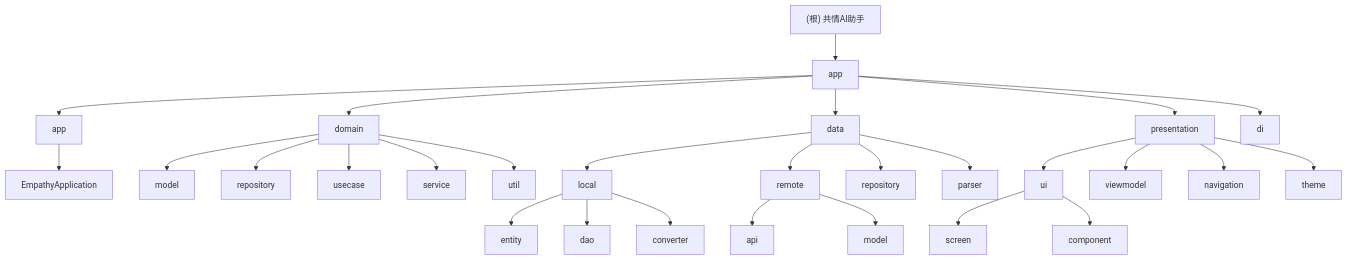
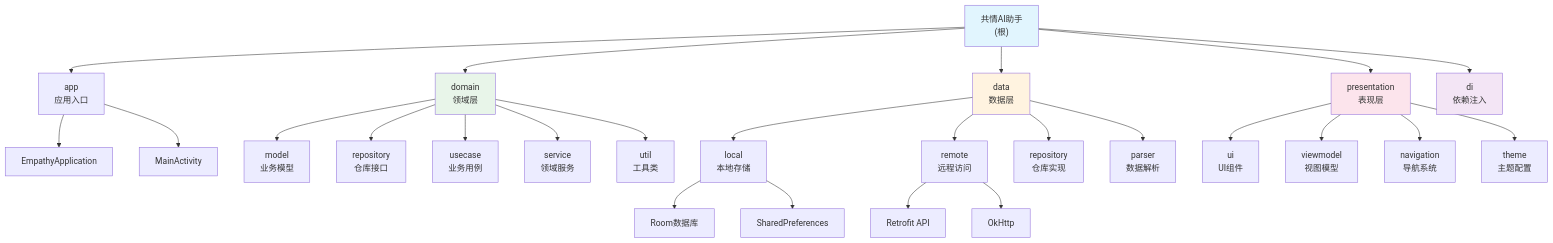
One commit to ZeroPointSix/empathize-with-others changed the diagram in CLAUDE.md. Above: the diagram before and after it, drawn with Mermaid. The commit also changed other lines of this file and 343 other files, not shown here.

````diff
--- a/CLAUDE.md
+++ b/CLAUDE.md
@@ -75,61 +80,47 @@
 ```mermaid
 graph TD
-    A["(根) 共情AI助手"] --> B["app"];
+    A["共情AI助手<br/>(根)"] --> B["app<br/>应用入口"]
+    A --> C["domain<br/>领域层"]
+    A --> D["data<br/>数据层"]
+    A --> E["presentation<br/>表现层"]
+    A --> F["di<br/>依赖注入"]
 
-    B --> C["app"];
-    C --> D["EmpathyApplication"];
+    B --> B1["EmpathyApplication"]
+    B --> B2["MainActivity"]
 
-    B --> E["domain"];
-    E --> F["model"];
-    E --> G["repository"];
-    E --> H["usecase"];
-    E --> I["service"];
-    E --> J["util"];
+    C --> C1["model<br/>业务模型"]
+    C --> C2["repository<br/>仓库接口"]
+    C --> C3["usecase<br/>业务用例"]
+    C --> C4["service<br/>领域服务"]
+    C --> C5["util<br/>工具类"]
 
-    B --> K["data"];
-    K --> L["local"];
-    K --> M["remote"];
-    K --> N["repository"];
-    K --> O["parser"];
+    D --> D1["local<br/>本地存储"]
+    D --> D2["remote<br/>远程访问"]
+    D --> D3["repository<br/>仓库实现"]
+    D --> D4["parser<br/>数据解析"]
 
-    L --> P["entity"];
-    L --> Q["dao"];
-    L --> R["converter"];
+    E --> E1["ui<br/>UI组件"]
+    E --> E2["viewmodel<br/>视图模型"]
+    E --> E3["navigation<br/>导航系统"]
+    E --> E4["theme<br/>主题配置"]
 
-    M --> S["api"];
-    M --> T["model"];
+    D1 --> D11["Room数据库"]
+    D1 --> D12["SharedPreferences"]
 
-    B --> U["presentation"];
-    U --> V["ui"];
-    U --> W["viewmodel"];
-    U --> X["navigation"];
-    U --> Y["theme"];
+    D2 --> D21["Retrofit API"]
+    D2 --> D22["OkHttp"]
 
-    V --> Z["screen"];
-    V --> AA["component"];
+    style A fill:#e1f5fe
+    style C fill:#e8f5e9
+    style D fill:#fff3e0
+    style E fill:#fce4ec
+    style F fill:#f3e5f5
 
-    B --> AB["di"];
-
-    click D "./app/src/main/java/com/empathy/ai/app/CLAUDE.md" "查看 app 模块文档"
-    click F "./domain/src/main/kotlin/com/empathy/ai/domain/model/" "查看 model 模块"
-    click G "./domain/src/main/kotlin/com/empathy/ai/domain/repository/" "查看 repository 模块"
-    click H "./domain/src/main/kotlin/com/empathy/ai/domain/usecase/" "查看 usecase 模块"
-    click I "./domain/src/main/kotlin/com/empathy/ai/domain/service/" "查看 service 模块"
-    click J "./domain/src/main/kotlin/com/empathy/ai/domain/util/" "查看 util 模块"
-    click L "./data/src/main/kotlin/com/empathy/ai/data/local/" "查看 local 模块"
-    click M "./data/src/main/kotlin/com/empathy/ai/data/remote/" "查看 remote 模块"
-    click N "./data/src/main/kotlin/com/empathy/ai/data/repository/" "查看 data repository 模块"
-    click O "./data/src/main/kotlin/com/empathy/ai/data/parser/" "查看 parser 模块"
-    click P "./data/src/main/kotlin/com/empathy/ai/data/local/entity/" "查看 entity 模块"
-    click Q "./data/src/main/kotlin/com/empathy/ai/data/local/dao/" "查看 dao 模块"
-    click R "./data/src/main/kotlin/com/empathy/ai/data/local/converter/" "查看 converter 模块"
-    click S "./data/src/main/kotlin/com/empathy/ai/data/remote/api/" "查看 api 模块"
-    click T "./data/src/main/kotlin/com/empathy/ai/data/remote/model/" "查看 remote model 模块"
-    click V "./presentation/src/main/kotlin/com/empathy/ai/presentation/ui/" "查看 ui 模块"
-    click W "./presentation/src/main/kotlin/com/empathy/ai/presentation/viewmodel/" "查看 viewmodel 模块"
-    click X "./presentation/src/main/kotlin/com/empathy/ai/presentation/navigation/" "查看 navigation 模块"
-    click Y "./presentation/src/main/kotlin/com/empathy/ai/presentation/theme/" "查看 theme 模块"
-    click Z "./presentation/src/main/kotlin/com/empathy/ai/presentation/ui/screen/" "查看 screen 模块"
-    click AA "./presentation/src/main/kotlin/com/empathy/ai/presentation/ui/component/" "查看 component 模块"
-    click AB "./app/src/main/java/com/empathy/ai/di/" "查看 di 模块"
+    click B1 "文档/项目文档/app/README.md" "查看 app 模块文档"
+    click C "文档/项目文档/domain/README.md" "查看 domain 层文档"
+    click C1 "文档/项目文档/domain/model/README.md" "查看 model 文档"
+    click C3 "文档/项目文档/domain/usecase/README.md" "查看 usecase 文档"
+    click D "文档/项目文档/data/README.md" "查看 data 层文档"
+    click E "文档/项目文档/presentation/README.md" "查看 presentation 层文档"
+    click F "文档/项目文档/di/README.md" "查看 DI 模块文档"
 ```
````
